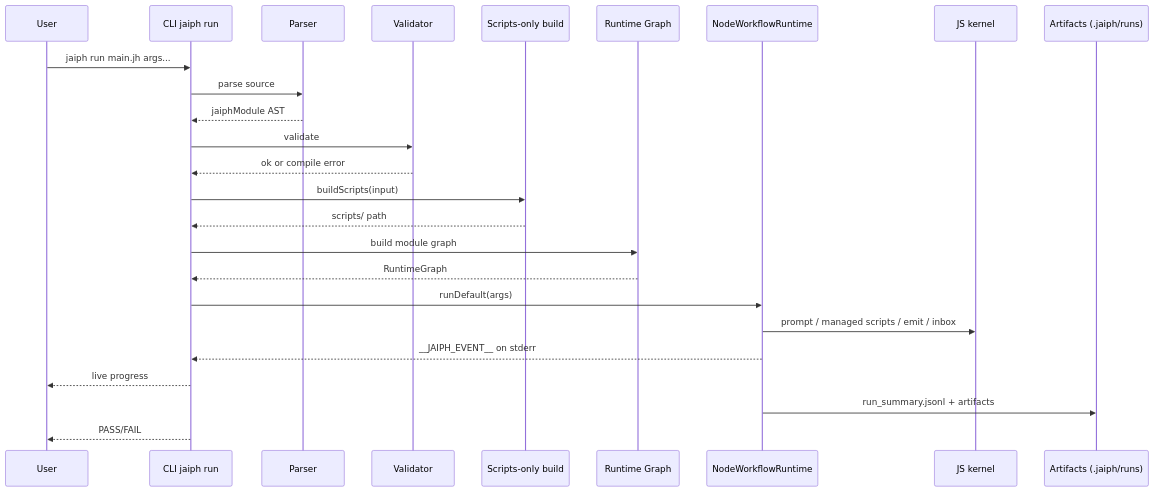
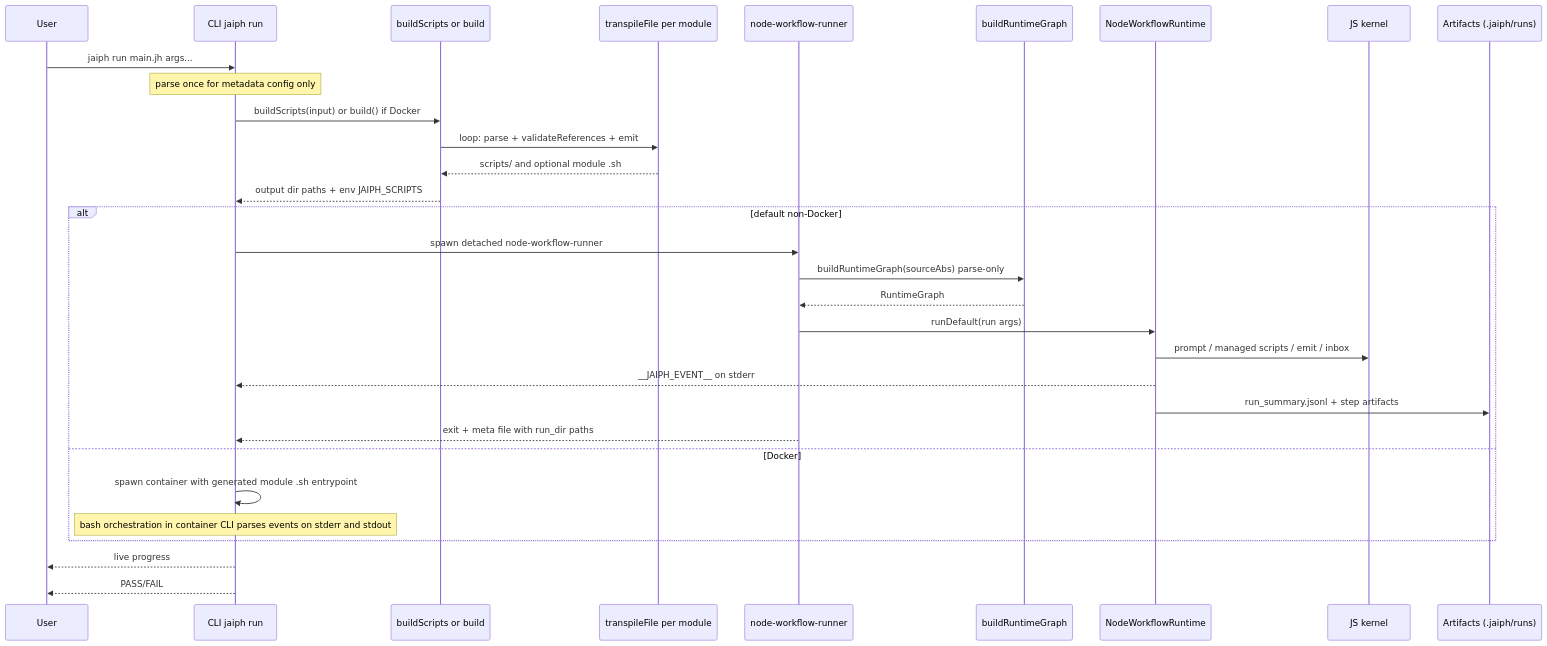
The second of 3 diagrams in ARCHITECTURE.md (jaiphlang/jaiph), drawn with Mermaid before and after one commit. The commit also changed other lines of this file and 6 other files, not shown here.

First line of the commit message:
Feat: Implement full inbox dispatch in Node workflow runtime

````diff
--- a/ARCHITECTURE.md
+++ b/ARCHITECTURE.md
@@ -138,28 +148,34 @@
 ```mermaid
 sequenceDiagram
     participant User
     participant CLI as CLI jaiph run
-    participant Parser as Parser
-    participant Validator as Validator
-    participant Prep as Scripts-only build
-    participant Graph as Runtime Graph
+    participant Prep as buildScripts or build
+    participant TF as transpileFile per module
+    participant Runner as node-workflow-runner
+    participant Graph as buildRuntimeGraph
     participant Runtime as NodeWorkflowRuntime
     participant Kernel as JS kernel
     participant Report as Artifacts (.jaiph/runs)
 
     User->>CLI: jaiph run main.jh args...
-    CLI->>Parser: parse source
-    Parser-->>CLI: jaiphModule AST
-    CLI->>Validator: validate
-    Validator-->>CLI: ok or compile error
-    CLI->>Prep: buildScripts(input)
-    Prep-->>CLI: scripts/ path
-    CLI->>Graph: build module graph
-    Graph-->>CLI: RuntimeGraph
-    CLI->>Runtime: runDefault(args)
-    Runtime->>Kernel: prompt / managed scripts / emit / inbox
-    Runtime-->>CLI: __JAIPH_EVENT__ on stderr
+    Note over CLI: parse once for metadata config only
+    CLI->>Prep: buildScripts(input) or build() if Docker
+    Prep->>TF: loop: parse + validateReferences + emit
+    TF-->>Prep: scripts/ and optional module .sh
+    Prep-->>CLI: output dir paths + env JAIPH_SCRIPTS
+    alt default non-Docker
+        CLI->>Runner: spawn detached node-workflow-runner
+        Runner->>Graph: buildRuntimeGraph(sourceAbs) parse-only
+        Graph-->>Runner: RuntimeGraph
+        Runner->>Runtime: runDefault(run args)
+        Runtime->>Kernel: prompt / managed scripts / emit / inbox
+        Runtime-->>CLI: __JAIPH_EVENT__ on stderr
+        Runtime->>Report: run_summary.jsonl + step artifacts
+        Runner-->>CLI: exit + meta file with run_dir paths
+    else Docker
+        CLI->>CLI: spawn container with generated module .sh entrypoint
+        Note over CLI: bash orchestration in container CLI parses events on stderr and stdout
+    end
     CLI-->>User: live progress
-    Runtime->>Report: run_summary.jsonl + artifacts
     CLI-->>User: PASS/FAIL
 ```
````
